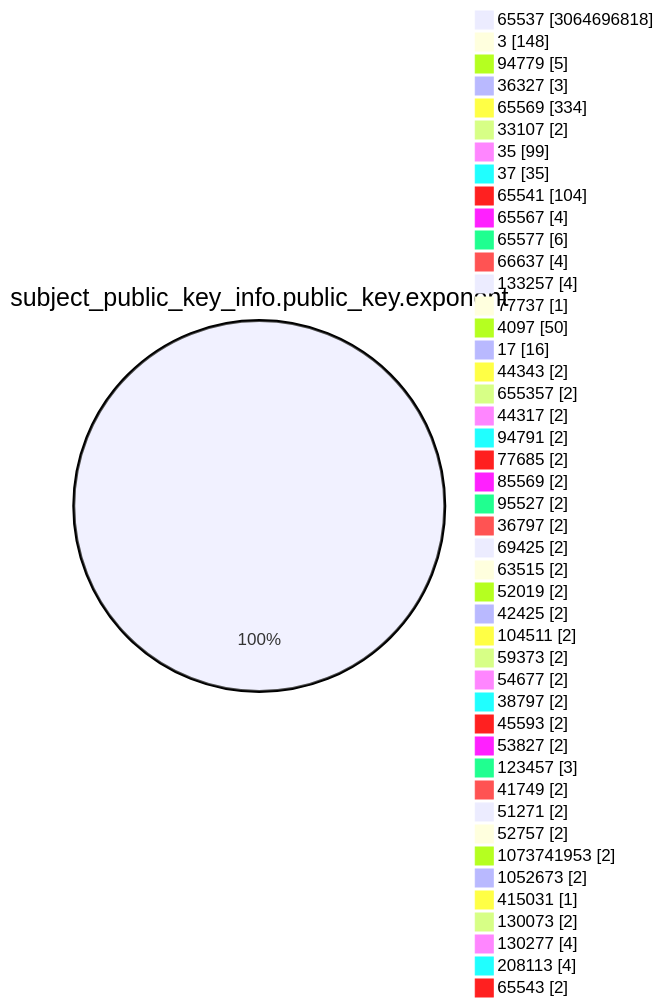
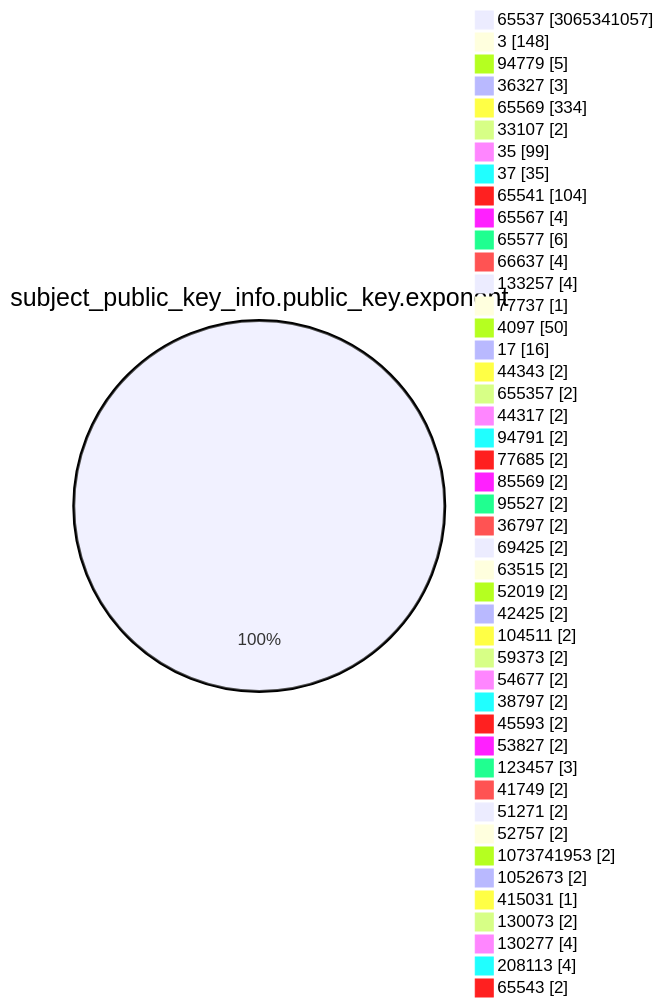
Before and after one commit to christiankrug/ctmonitor_visualization: the fourth of 15 diagrams in TOTAL/README.md, drawn with Mermaid. The commit also changed other lines of this file, not shown here.

````diff
--- a/TOTAL/README.md
+++ b/TOTAL/README.md
@@ -1473,49 +1473,49 @@
 ```mermaid
 pie showData
 title subject_public_key_info.public_key.exponent
-"65537" :3064696818
+"65537" :3065341057
 "3" :148
 "94779" :5
 "36327" :3
 "65569" :334
 "33107" :2
 "35" :99
 "37" :35
 "65541" :104
 "65567" :4
 "65577" :6
 "66637" :4
 "133257" :4
 "77737" :1
 "4097" :50
 "17" :16
 "44343" :2
 "655357" :2
 "44317" :2
 "94791" :2
 "77685" :2
 "85569" :2
 "95527" :2
 "36797" :2
 "69425" :2
 "63515" :2
 "52019" :2
 "42425" :2
 "104511" :2
 "59373" :2
 "54677" :2
 "38797" :2
 "45593" :2
 "53827" :2
 "123457" :3
 "41749" :2
 "51271" :2
 "52757" :2
 "1073741953" :2
 "1052673" :2
 "415031" :1
 "130073" :2
 "130277" :4
 "208113" :4
 "65543" :2
 ```
````
